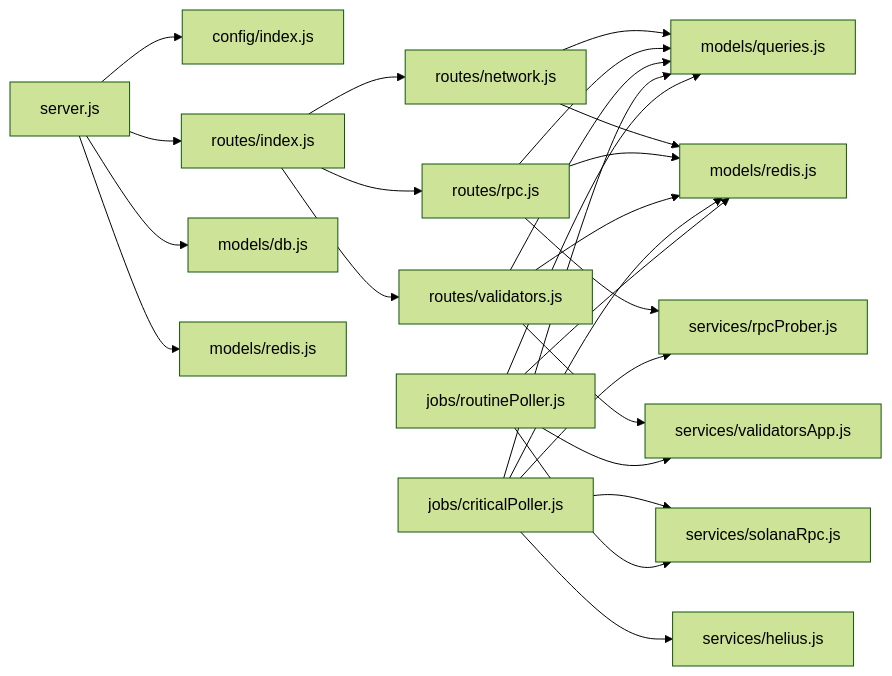
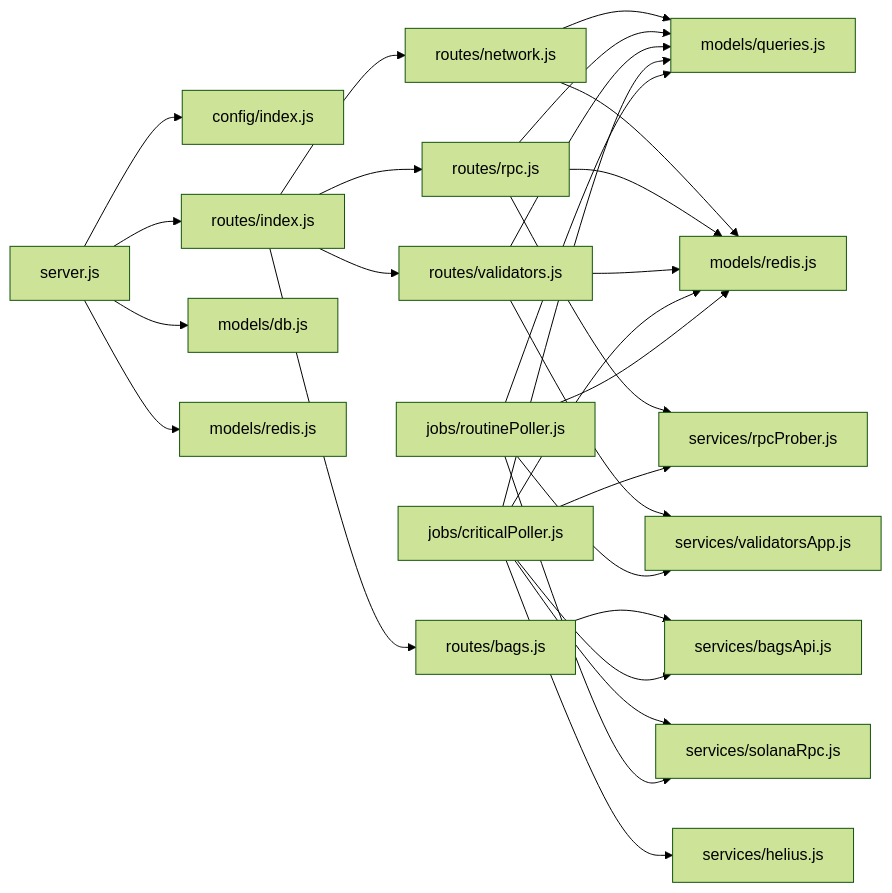
The eighth of 8 diagrams in .qoder/repowiki/en/content/Backend Architecture/Service Layer Architecture/Service Layer Architecture.md (RunTimeAdmin/InfraWatch), drawn with Mermaid (forest theme) before and after one commit. The commit also changed other lines of this file and 12 other files, not shown here.

````diff
--- a/.qoder/repowiki/en/content/Backend Architecture/Service Layer Architecture/Service Layer Architecture.md
+++ b/.qoder/repowiki/en/content/Backend Architecture/Service Layer Architecture/Service Layer Architecture.md
@@ -406,27 +465,30 @@
 ```mermaid
 graph LR
 SRV["server.js"] --> CFG["config/index.js"]
 SRV --> RT["routes/index.js"]
 SRV --> DBI["models/db.js"]
 SRV --> RDI["models/redis.js"]
 RT --> RNW["routes/network.js"]
 RT --> RRP["routes/rpc.js"]
 RT --> RV["routes/validators.js"]
+RT --> RB["routes/bags.js"]
 RNW --> Q["models/queries.js"]
 RNW --> RD["models/redis.js"]
 RRP --> Q
 RRP --> RD
 RRP --> PR["services/rpcProber.js"]
 RV --> Q
 RV --> RD
 RV --> SV["services/validatorsApp.js"]
+RB --> BA["services/bagsApi.js"]
 CP["jobs/criticalPoller.js"] --> SRPC["services/solanaRpc.js"]
 CP --> SH["services/helius.js"]
 CP --> PR
+CP --> BA
 CP --> Q
 CP --> RD
 RPJ["jobs/routinePoller.js"] --> SV
 RPJ --> SRPC
 RPJ --> Q
 RPJ --> RD
 ```
````
